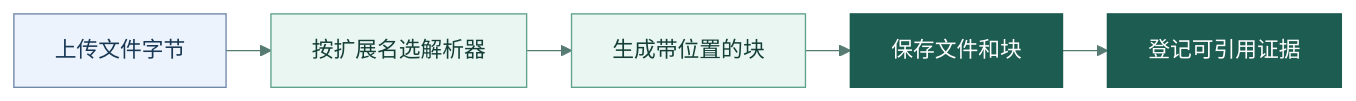
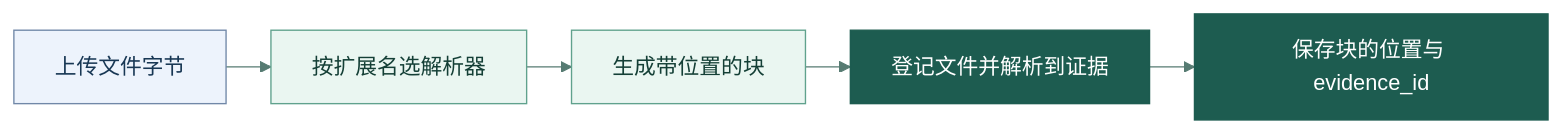
Before and after one commit to wenmo-yu/careerlens: the diagram in tutorials/03-解析层.md, drawn with Mermaid. The commit also changed other lines of this file and 18 other files, not shown here.

````diff
--- a/tutorials/03-解析层.md
+++ b/tutorials/03-解析层.md
@@ -11,15 +13,15 @@
 ```mermaid
 %%{init: {"theme":"base","themeVariables":{"fontFamily":"system-ui, sans-serif","lineColor":"#567b72","edgeLabelBackground":"#f4f8f6"},"flowchart":{"nodeSpacing":26,"rankSpacing":33,"curve":"basis"}}}%%
 flowchart LR
     accTitle: 从文件上传到可定位的证据
     a["上传文件字节"] --> b["按扩展名选解析器"]
     b --> c["生成带位置的块"]
-    c --> d["保存文件和块"]
-    d --> e["登记可引用证据"]
+    c --> d["登记文件并解析到证据"]
+    d --> e["保存块的位置与 evidence_id"]
     class a input
     class b,c parse
     class d,e saved
     classDef input fill:#edf3fc,stroke:#7188a8,color:#183754
     classDef parse fill:#eaf6f1,stroke:#60a28d,color:#143f36
     classDef saved fill:#1d5c50,stroke:#1d5c50,color:#ffffff
 ```
````
